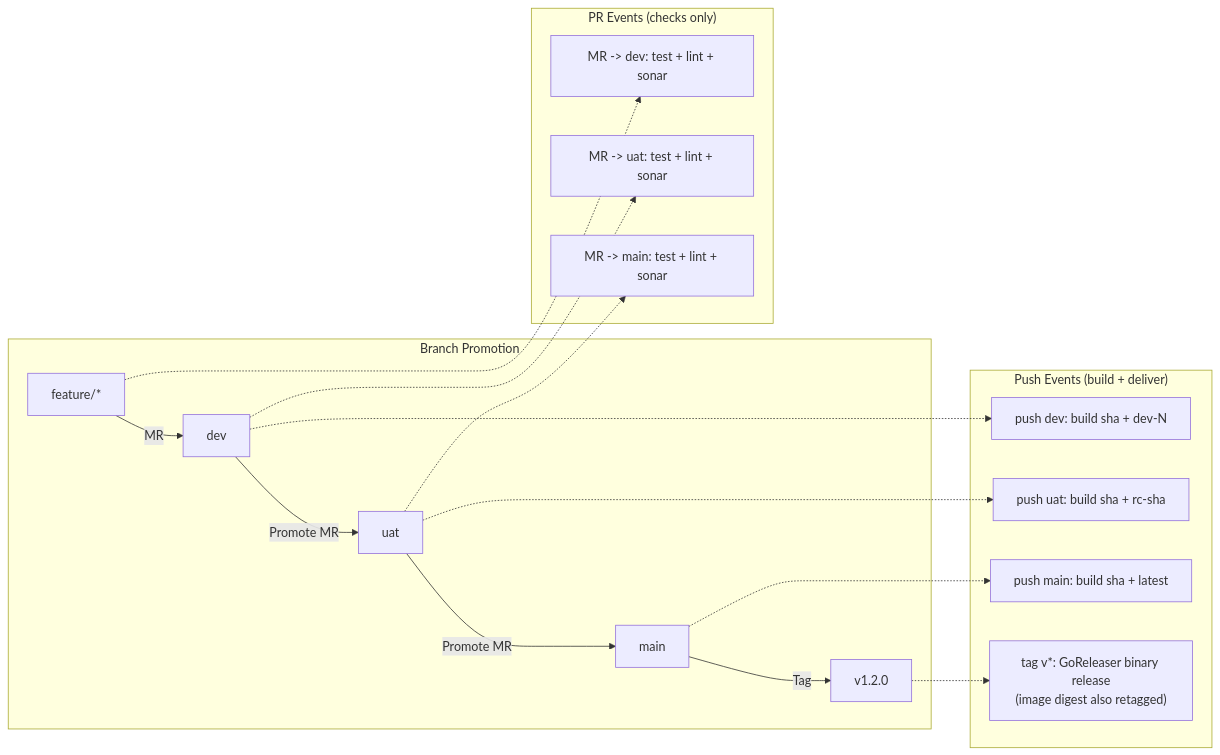
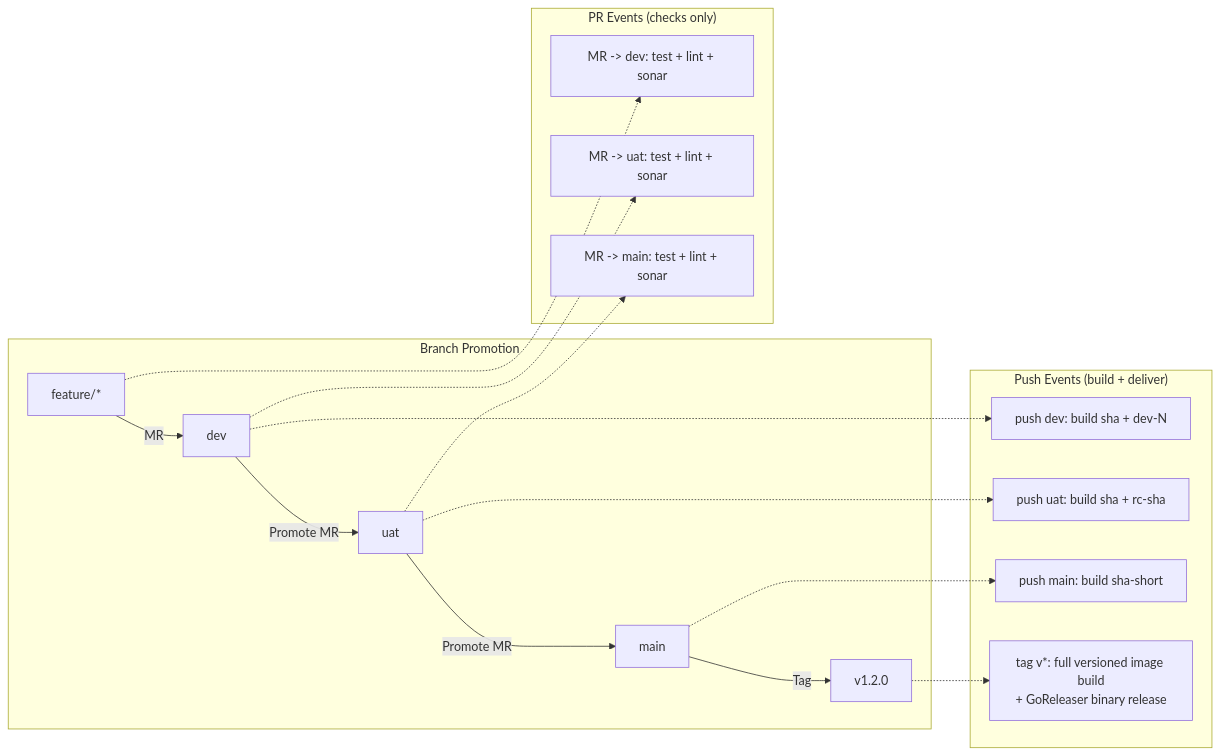
Before and after one commit to duynhlab/homelab: the fourth of 13 diagrams in docs/platform/cicd.md, drawn with Mermaid. The commit also changed other lines of this file and 2 other files, not shown here.

First line of the commit message:
docs(ci): build versioned image on v* tag, drop :latest, keyless binary release (#396)

````diff
--- a/docs/platform/cicd.md
+++ b/docs/platform/cicd.md
@@ -147,30 +147,30 @@
 ```mermaid
 flowchart LR
     subgraph branches ["Branch Promotion"]
         F["feature/*"] -->|"MR"| D["dev"]
         D -->|"Promote MR"| S["uat"]
         S -->|"Promote MR"| M["main"]
         M -->|"Tag"| T["v1.2.0"]
     end
 
     subgraph ci_pr ["PR Events (checks only)"]
         PR_D["MR -> dev: test + lint + sonar"]
         PR_S["MR -> uat: test + lint + sonar"]
         PR_M["MR -> main: test + lint + sonar"]
     end
 
     subgraph ci_push ["Push Events (build + deliver)"]
         P_D["push dev: build sha + dev-N"]
         P_S["push uat: build sha + rc-sha"]
-        P_M["push main: build sha + latest"]
-        P_T["tag v*: GoReleaser binary release<br/>(image digest also retagged)"]
+        P_M["push main: build sha-short"]
+        P_T["tag v*: full versioned image build<br/>+ GoReleaser binary release"]
     end
 
     F -.-> PR_D
     D -.-> P_D
     D -.-> PR_S
     S -.-> P_S
     S -.-> PR_M
     M -.-> P_M
     T -.-> P_T
 ```
````
